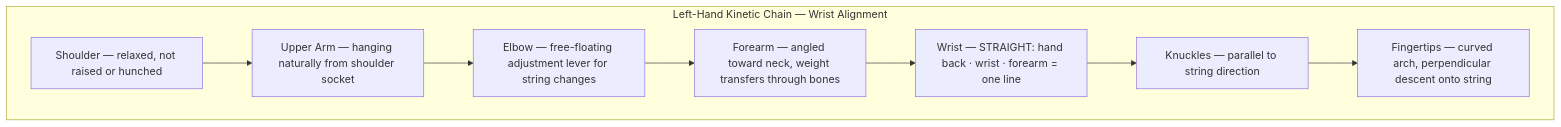
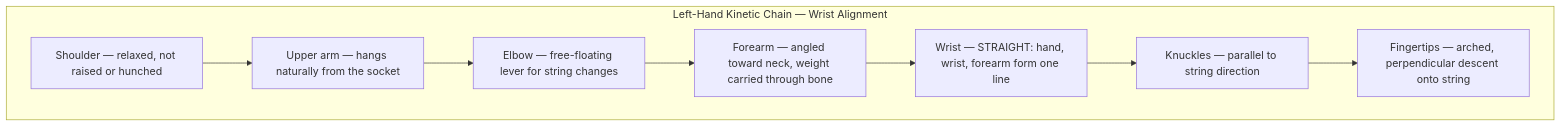
One commit to blebleblee/synapse changed the second of 6 diagrams in topics/arts/music_performance/bass_guitar/lesson_01_technique_and_fretboard_mechanics.md. Above: the diagram before and after it, drawn with Mermaid. The commit also changed other lines of this file and 4 other files, not shown here.

````diff
--- a/topics/arts/music_performance/bass_guitar/lesson_01_technique_and_fretboard_mechanics.md
+++ b/topics/arts/music_performance/bass_guitar/lesson_01_technique_and_fretboard_mechanics.md
@@ -131,13 +131,13 @@
 ```mermaid
 graph TD
     subgraph sub_chain ["Left-Hand Kinetic Chain — Wrist Alignment"]
         A["Shoulder — relaxed, not raised or hunched"]
-        B["Upper Arm — hanging naturally from shoulder socket"]
-        C["Elbow — free-floating adjustment lever for string changes"]
-        D["Forearm — angled toward neck, weight transfers through bones"]
-        E["Wrist — STRAIGHT: hand back · wrist · forearm = one line"]
+        B["Upper arm — hangs naturally from the socket"]
+        C["Elbow — free-floating lever for string changes"]
+        D["Forearm — angled toward neck, weight carried through bone"]
+        E["Wrist — STRAIGHT: hand, wrist, forearm form one line"]
         F["Knuckles — parallel to string direction"]
-        G["Fingertips — curved arch, perpendicular descent onto string"]
+        G["Fingertips — arched, perpendicular descent onto string"]
         A --> B --> C --> D --> E --> F --> G
     end
 ```
````
